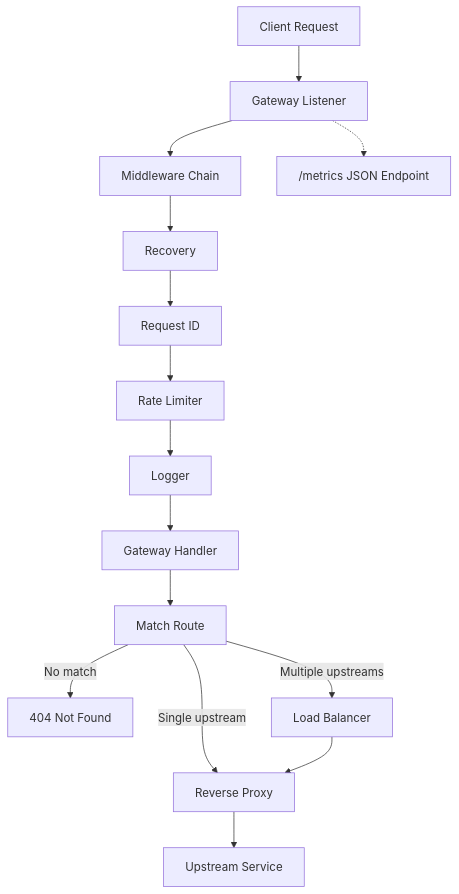
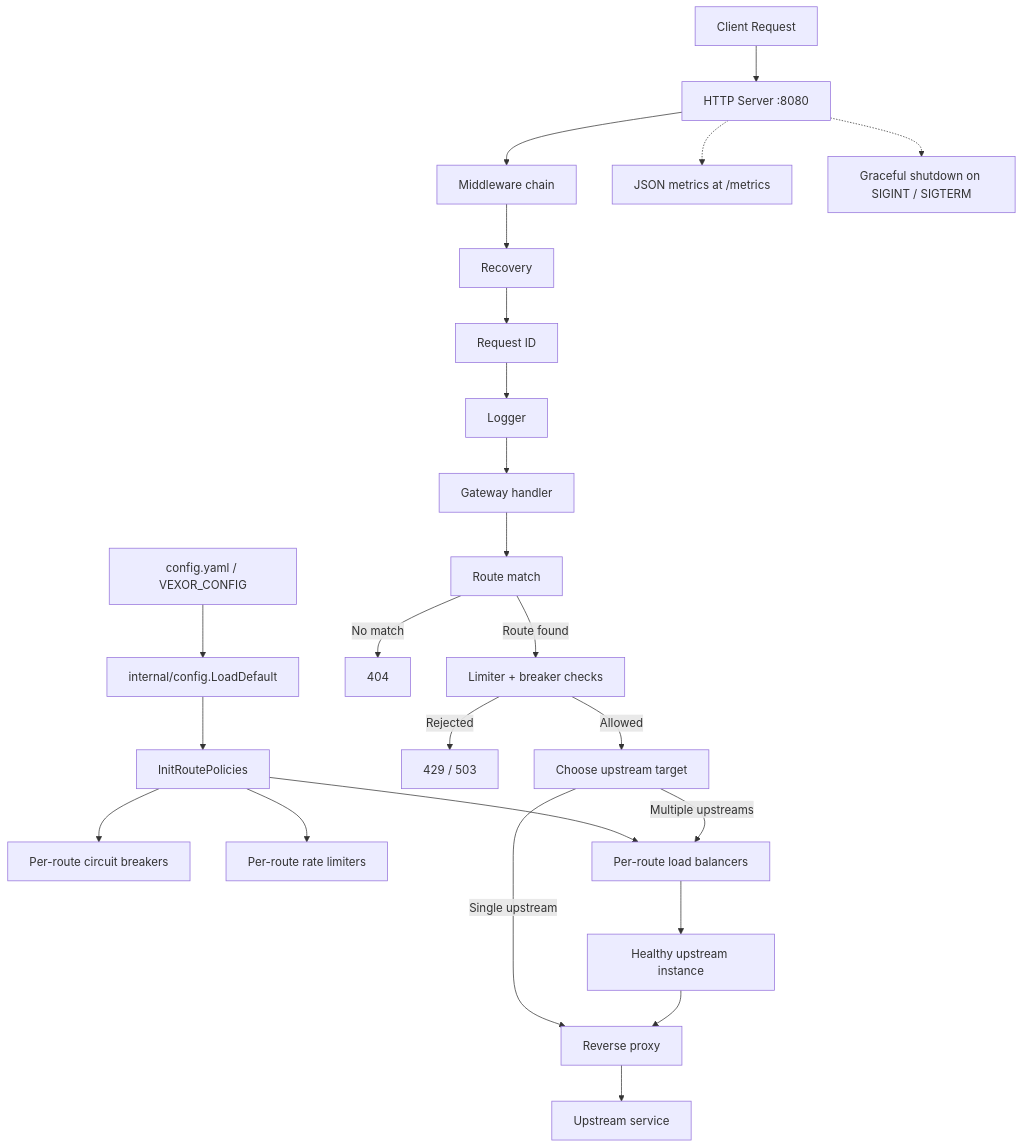
Before and after one commit to jhanvi857/Vexor: the first of 2 diagrams in README.md, drawn with Mermaid. The commit also changed other lines of this file, not shown here.

````diff
--- a/README.md
+++ b/README.md
@@ -7,19 +9,29 @@
 ```mermaid
 flowchart TD
-    Client[Client Request] --> Server[Gateway Listener]
-    Server --> MW[Middleware Chain]
-    MW --> Recovery[Recovery]
+    Config[config.yaml / VEXOR_CONFIG] --> Loader[internal/config.LoadDefault]
+    Loader --> Policies[InitRoutePolicies]
+    Policies --> Breakers[Per-route circuit breakers]
+    Policies --> Limiters[Per-route rate limiters]
+    Policies --> Balancers[Per-route load balancers]
+
+    Client[Client Request] --> Listener[HTTP Server :8080]
+    Listener --> Chain[Middleware chain]
+    Chain --> Recovery[Recovery]
     Recovery --> RequestID[Request ID]
-    RequestID --> RateLimit[Rate Limiter]
-    RateLimit --> Logger[Logger]
-    Logger --> Handler[Gateway Handler]
-    Handler --> Route[Match Route]
+    RequestID --> Logger[Logger]
+    Logger --> Handler[Gateway handler]
+    Handler --> Route[Route match]
 
-    Route -->|No match| NotFound[404 Not Found]
-    Route -->|Single upstream| Proxy[Reverse Proxy]
-    Route -->|Multiple upstreams| Balancer[Load Balancer]
-    Balancer --> Proxy
-    Proxy --> Upstream[Upstream Service]
+    Route -->|No match| NotFound[404]
+    Route -->|Route found| PolicyCheck[Limiter + breaker checks]
+    PolicyCheck -->|Rejected| Rejected[429 / 503]
+    PolicyCheck -->|Allowed| Target[Choose upstream target]
+    Target -->|Single upstream| Proxy[Reverse proxy]
+    Target -->|Multiple upstreams| Balancers
+    Balancers --> Healthy[Healthy upstream instance]
+    Healthy --> Proxy
+    Proxy --> Upstream[Upstream service]
 
-    Server -.-> Metrics["/metrics JSON Endpoint"]
+    Listener -.-> Metrics[JSON metrics at /metrics]
+    Listener -.-> Shutdown[Graceful shutdown on SIGINT / SIGTERM]
 ```
````
